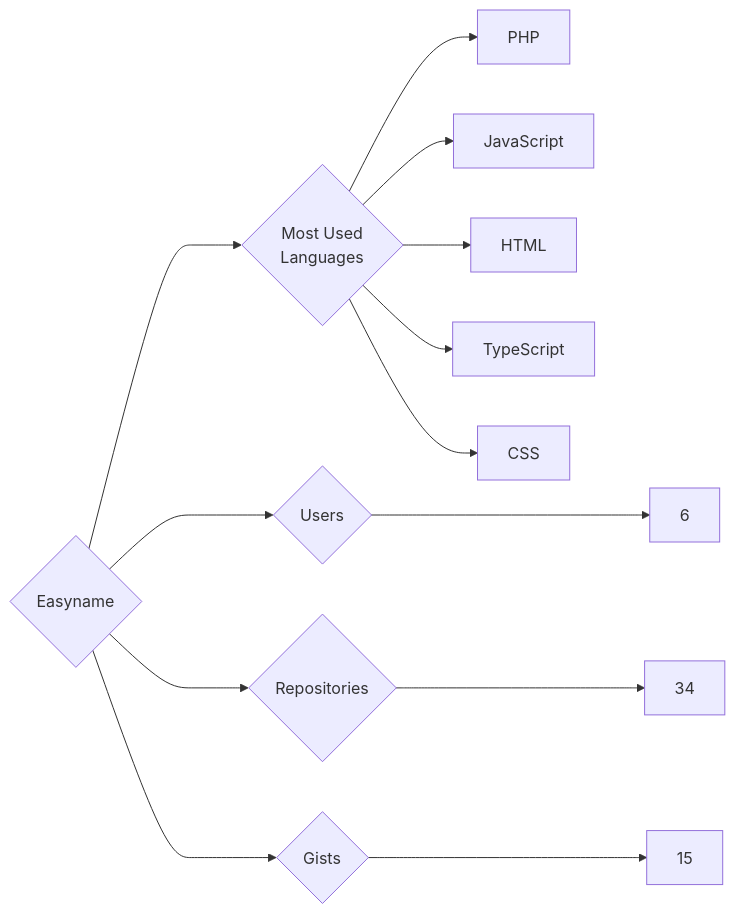
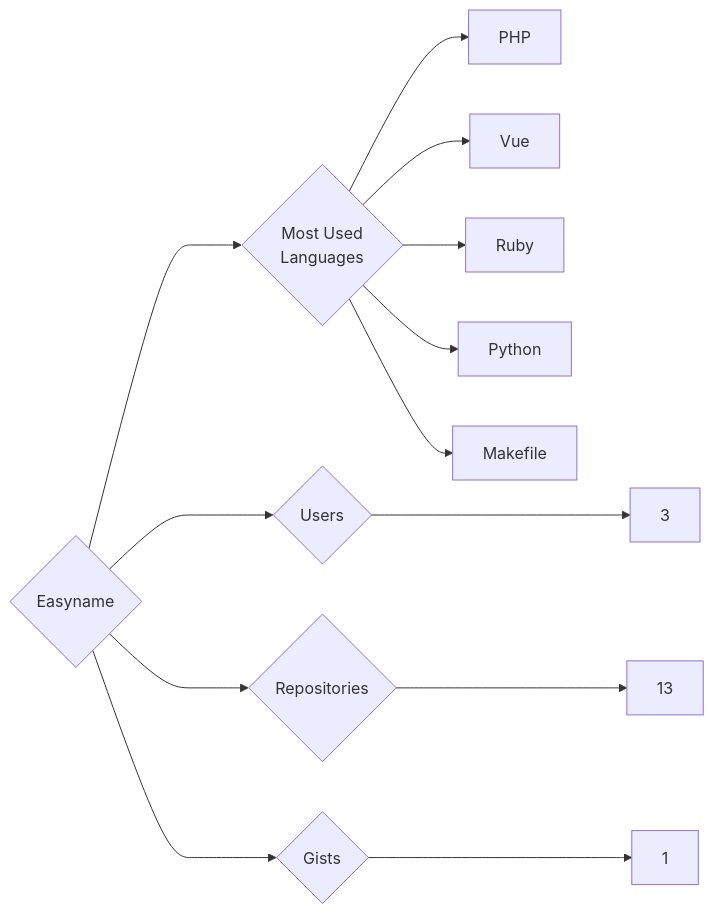
Before and after one commit to trickest/insiders: the diagram in targets/Easyname/README.md, drawn with Mermaid. The commit also changed 681 other files, not shown here.

````diff
--- a/targets/Easyname/README.md
+++ b/targets/Easyname/README.md
@@ -3,13 +3,13 @@
 ```mermaid
 graph LR
 COMPANY_NAME{Easyname}
-COMPANY_NAME ---> U{Users} ---> UN[6]
-COMPANY_NAME ---> R{Repositories} ---> RN[34]
-COMPANY_NAME ---> G{Gists} ---> GN[15]
+COMPANY_NAME ---> U{Users} ---> UN[3]
+COMPANY_NAME ---> R{Repositories} ---> RN[13]
+COMPANY_NAME ---> G{Gists} ---> GN[1]
 COMPANY_NAME ---> ML{Most Used<br>Languages}
 ML --> PHP[PHP]
-ML --> JavaScript[JavaScript]
-ML --> HTML[HTML]
-ML --> TypeScript[TypeScript]
-ML --> CSS[CSS]
+ML --> Vue[Vue]
+ML --> Ruby[Ruby]
+ML --> Python[Python]
+ML --> Makefile[Makefile]
 ```
````
